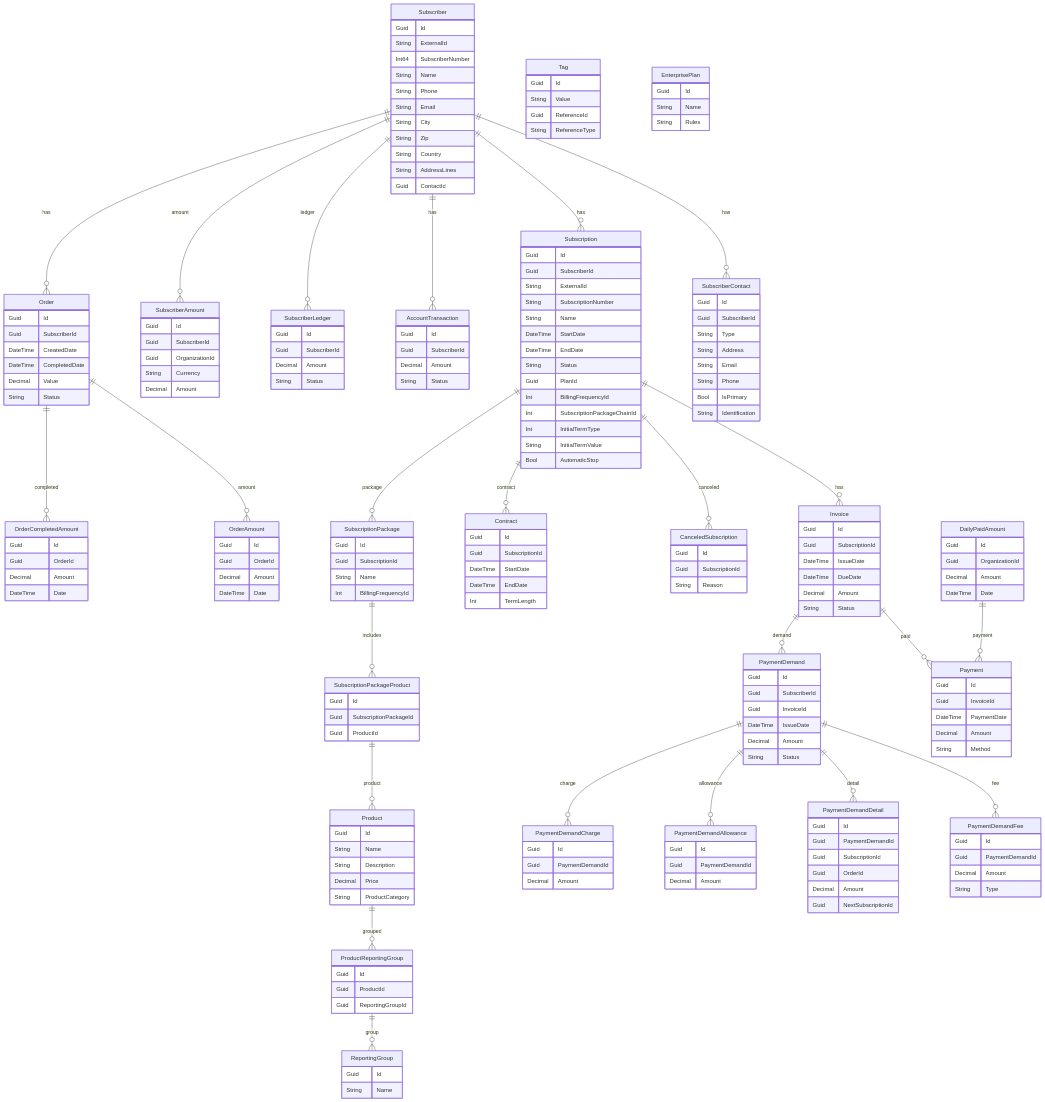
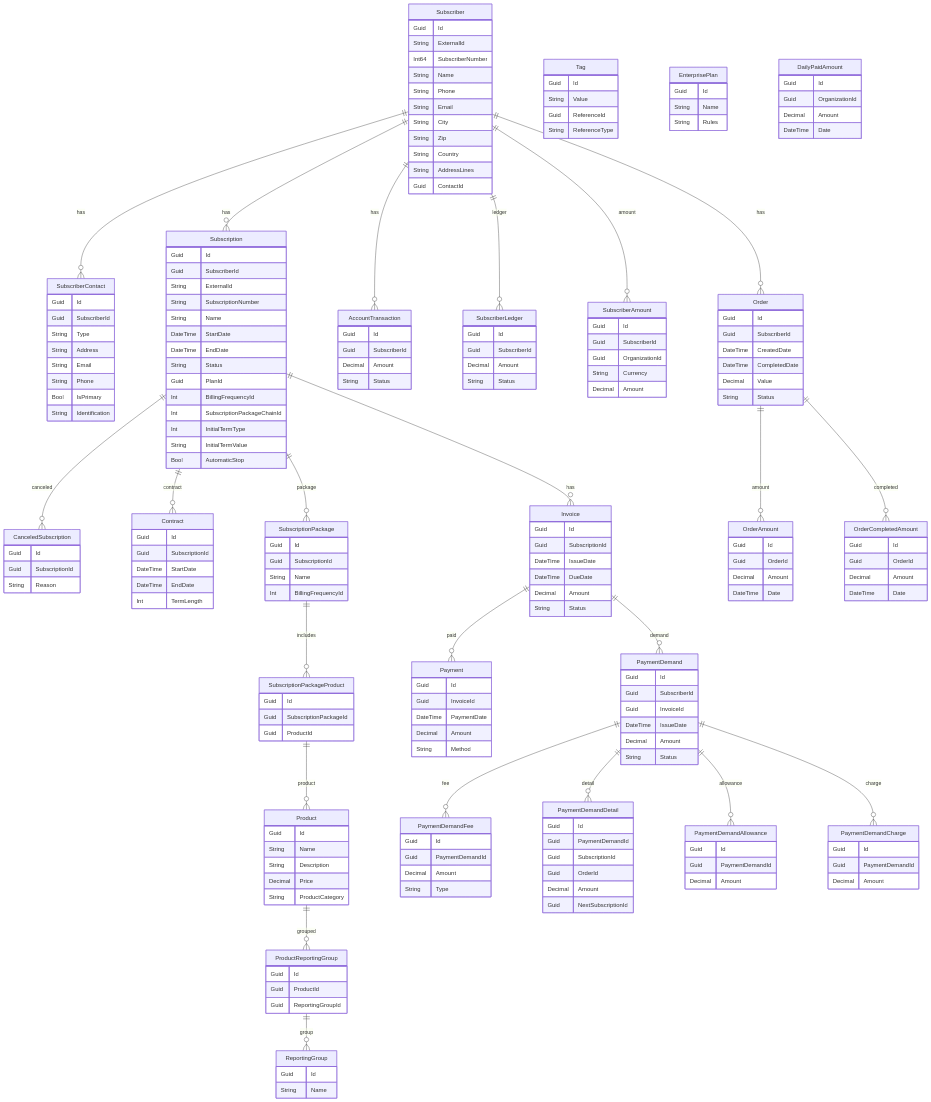
One commit to infosoftas/info-subscription-doc changed the diagram in source/reporting-analytics/datamodel-er.mmd. Above: the diagram before and after it, drawn with Mermaid.

Commit message:
Removed invalid reference to Payment

```diff
--- a/source/reporting-analytics/datamodel-er.mmd
+++ b/source/reporting-analytics/datamodel-er.mmd
@@ -207,4 +207,3 @@
     PaymentDemand ||--o{ PaymentDemandCharge : charge
     Order ||--o{ OrderAmount : amount
     Order ||--o{ OrderCompletedAmount : completed
-    DailyPaidAmount ||--o{ Payment : payment
```
